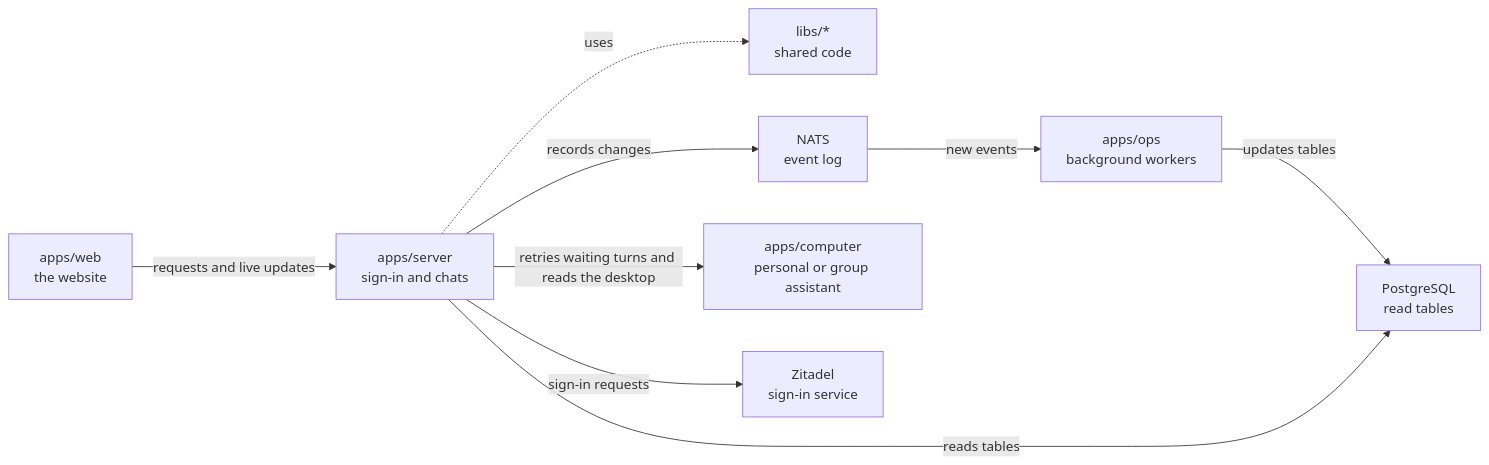
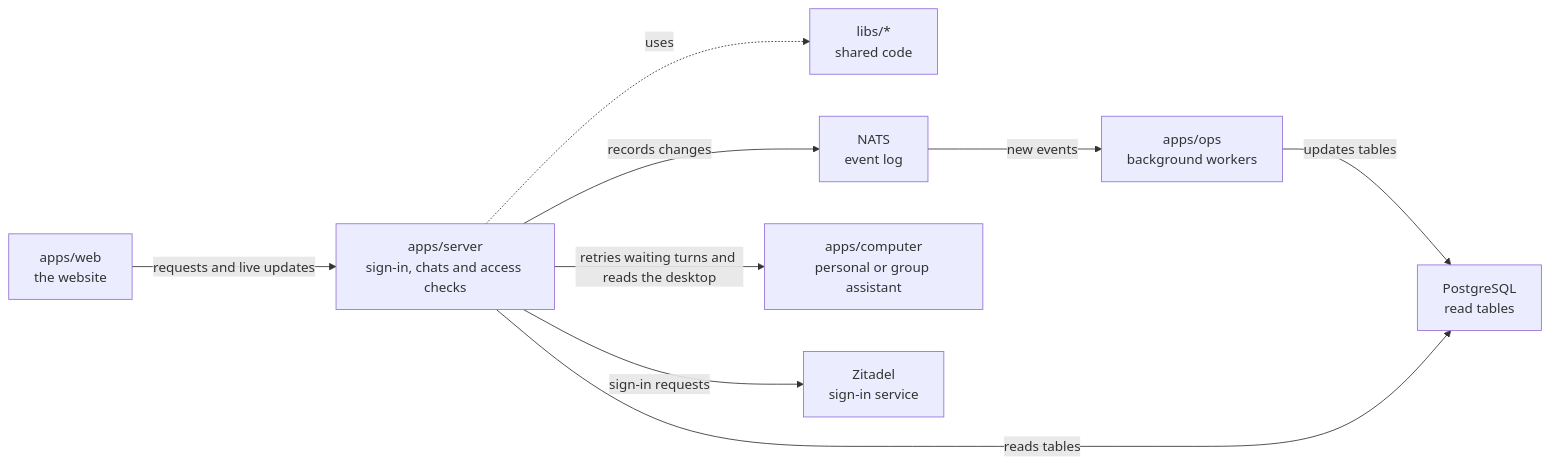
One commit to elewa-git/opencrane-new changed the diagram in apps/server/README.md. Above: the diagram before and after it, drawn with Mermaid. The commit also changed other lines of this file and 6 other files, not shown here.

````diff
--- a/apps/server/README.md
+++ b/apps/server/README.md
@@ -11,11 +11,11 @@
 ```mermaid
 flowchart LR
-  web["apps/web<br/>the website"] -->|requests and live updates| server["apps/server<br/>sign-in and chats"]
+  web["apps/web<br/>the website"] -->|requests and live updates| server["apps/server<br/>sign-in, chats and access checks"]
   server -.->|uses| libs["libs/*<br/>shared code"]
   server -->|records changes| nats["NATS<br/>event log"]
   nats -->|new events| ops["apps/ops<br/>background workers"]
   ops -->|updates tables| postgres["PostgreSQL<br/>read tables"]
   server -->|reads tables| postgres
   server -->|retries waiting turns and reads the desktop| computer["apps/computer<br/>personal or group assistant"]
   server -->|sign-in requests| zitadel["Zitadel<br/>sign-in service"]
 ```
````
